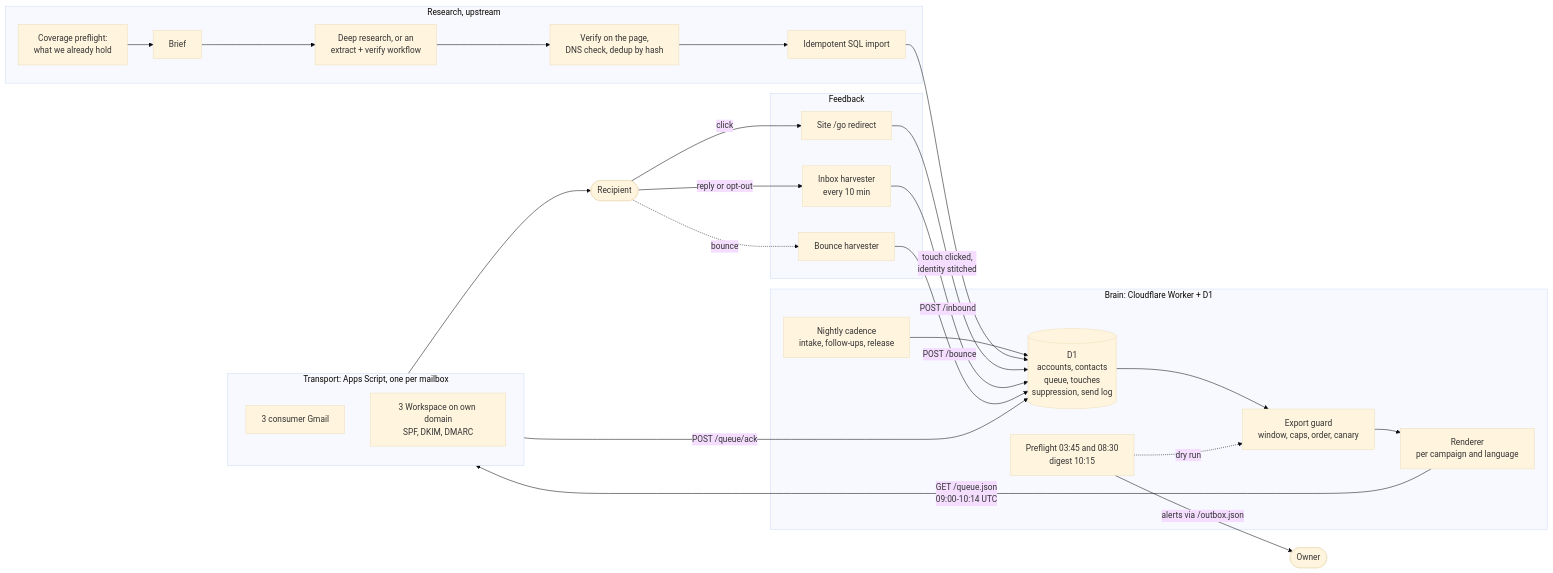
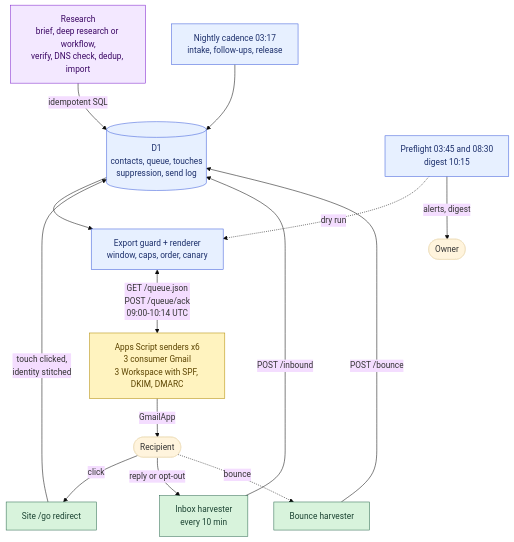
Before and after one commit to romanmagdalenko/crm-on-cloudflare: the first of 7 diagrams in docs/outreach-engine.md, drawn with Mermaid (base theme).

Commit message:
Architecture diagram: one column instead of four sprawling subgraphs
Rendered on GitHub, the left-to-right version shrank to unreadable text with
edges crossing every box. Top-to-bottom, colour-coded by part, it reads at page
width.

````diff
--- a/docs/outreach-engine.md
+++ b/docs/outreach-engine.md
@@ -55,45 +55,37 @@
 ```mermaid
-flowchart LR
-  subgraph RES["Research, upstream"]
-    R1["Coverage preflight:<br/>what we already hold"]
-    R2["Brief"]
-    R3["Deep research, or an<br/>extract + verify workflow"]
-    R4["Verify on the page,<br/>DNS check, dedup by hash"]
-    R5["Idempotent SQL import"]
-    R1 --> R2 --> R3 --> R4 --> R5
-  end
+flowchart TB
+  RES["Research<br/>brief, deep research or workflow,<br/>verify, DNS check, dedup, import"]
+  CAD["Nightly cadence 03:17<br/>intake, follow-ups, release"]
+  DB[("D1<br/>contacts, queue, touches<br/>suppression, send log")]
+  GRD["Export guard + renderer<br/>window, caps, order, canary"]
+  OBS["Preflight 03:45 and 08:30<br/>digest 10:15"]
+  TR["Apps Script senders x6<br/>3 consumer Gmail<br/>3 Workspace with SPF, DKIM, DMARC"]
+  RCP(["Recipient"])
+  GO["Site /go redirect"]
+  IH["Inbox harvester<br/>every 10 min"]
+  BH["Bounce harvester"]
+  OWN(["Owner"])
 
-  subgraph BRAIN["Brain: Cloudflare Worker + D1"]
-    DB[("D1<br/>accounts, contacts<br/>queue, touches<br/>suppression, send log")]
-    CAD["Nightly cadence<br/>intake, follow-ups, release"]
-    GRD["Export guard<br/>window, caps, order, canary"]
-    RND["Renderer<br/>per campaign and language"]
-    PRE["Preflight 03:45 and 08:30<br/>digest 10:15"]
-    CAD --> DB
-    DB --> GRD --> RND
-    PRE -.->|"dry run"| GRD
-  end
-
-  subgraph TR["Transport: Apps Script, one per mailbox"]
-    G["3 consumer Gmail"]
-    W["3 Workspace on own domain<br/>SPF, DKIM, DMARC"]
-  end
-
-  subgraph FB["Feedback"]
-    GO["Site /go redirect"]
-    IH["Inbox harvester<br/>every 10 min"]
-    BH["Bounce harvester"]
-  end
-
-  R5 --> DB
-  RND -->|"GET /queue.json<br/>09:00-10:14 UTC"| TR
-  TR -->|"POST /queue/ack"| DB
-  TR --> RCP(["Recipient"])
+  RES -->|"idempotent SQL"| DB
+  CAD --> DB
+  DB --> GRD
+  OBS -.->|"dry run"| GRD
+  GRD <-->|"GET /queue.json<br/>POST /queue/ack<br/>09:00-10:14 UTC"| TR
+  TR -->|"GmailApp"| RCP
   RCP -->|"click"| GO
   RCP -->|"reply or opt-out"| IH
   RCP -.->|"bounce"| BH
   GO -->|"touch clicked,<br/>identity stitched"| DB
   IH -->|"POST /inbound"| DB
   BH -->|"POST /bounce"| DB
-  PRE -->|"alerts via /outbox.json"| OWN(["Owner"])
+  OBS -->|"alerts, digest"| OWN
+
+  classDef research fill:#f3e8ff,stroke:#7e22ce,color:#3b0764
+  classDef brain fill:#e7f0ff,stroke:#3b5bdb,color:#1c2f6b
+  classDef transport fill:#fff3bf,stroke:#b08900,color:#5c4400
+  classDef feedback fill:#d8f3dc,stroke:#2d6a4f,color:#1b4332
+  class RES research
+  class CAD,DB,GRD,OBS brain
+  class TR transport
+  class GO,IH,BH feedback
 ```
````
